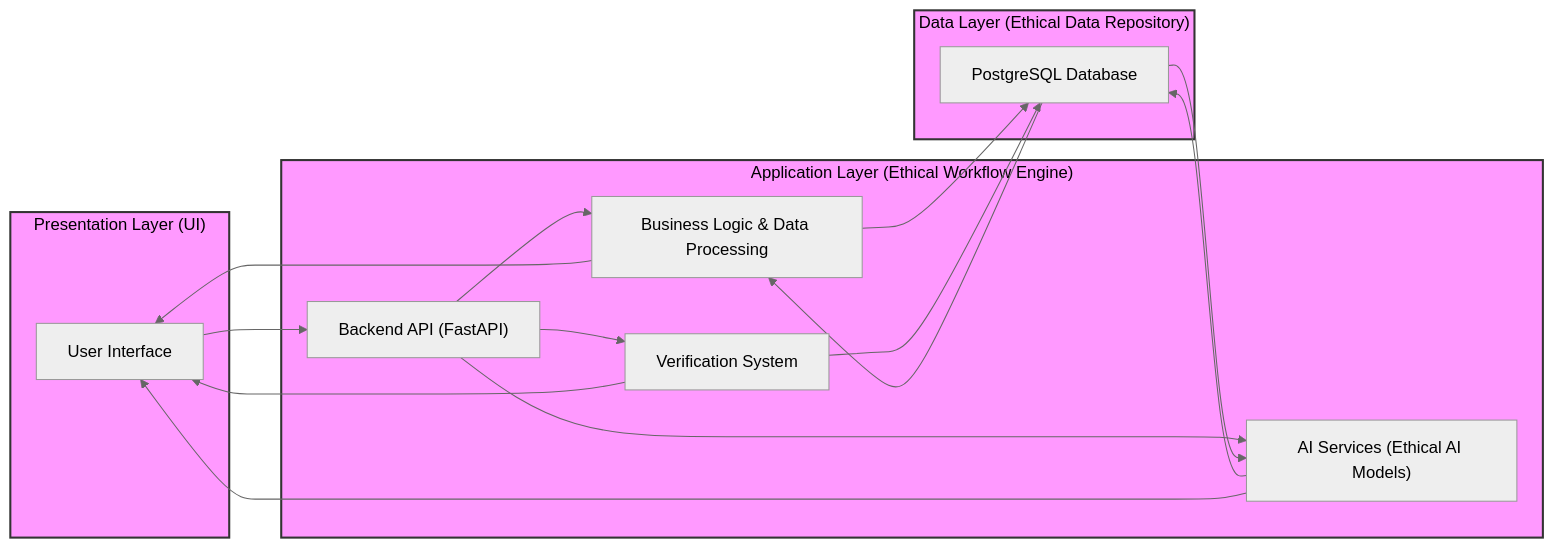
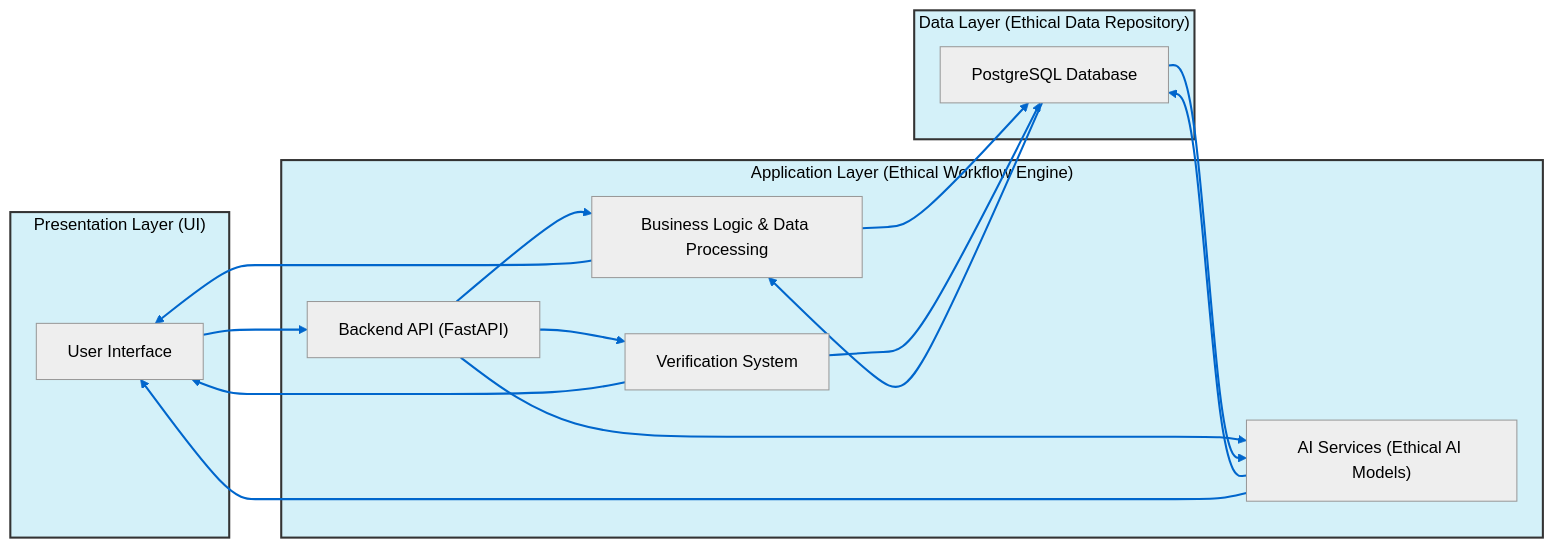
Before and after one commit to EosLumina/--ThinkAlike--: the diagram in docs/core/onboarding_guide.md, drawn with Mermaid (neutral theme).

Commit message:
Improve color scheme and link visibility in onboarding guide diagram

````diff
--- a/docs/core/onboarding_guide.md
+++ b/docs/core/onboarding_guide.md
@@ -181,35 +181,39 @@
 ```mermaid
 graph LR
     subgraph UILayer["Presentation Layer (UI)"]
         UserInterface["User Interface"]
     end
 
     subgraph APP["Application Layer (Ethical Workflow Engine)"]
         API["Backend API (FastAPI)"]
         Logic["Business Logic & Data Processing"]
         AI["AI Services (Ethical AI Models)"]
         Verification["Verification System"]
     end
 
     subgraph DATA["Data Layer (Ethical Data Repository)"]
         DB["PostgreSQL Database"]
     end
 
     UserInterface --> API
     API --> Logic
     API --> Verification
     API --> AI
     Logic --> DB
     AI --> DB
     Verification --> DB
     DB --> Logic
     DB --> AI
     Logic --> UserInterface
     AI --> UserInterface
     Verification --> UserInterface
 
-    classDef layerFill fill:#f9f,stroke:#333,stroke-width:2px,color:#000;
+    %% Improved color scheme for better visibility
+    classDef layerFill fill:#d4f1f9,stroke:#333,stroke-width:2px,color:#000;
     class UILayer layerFill;
     class APP layerFill;
     class DATA layerFill;
+    
+    %% Make the links/arrows more visible
+    linkStyle default stroke:#0066cc,stroke-width:2px;
 ```
````
